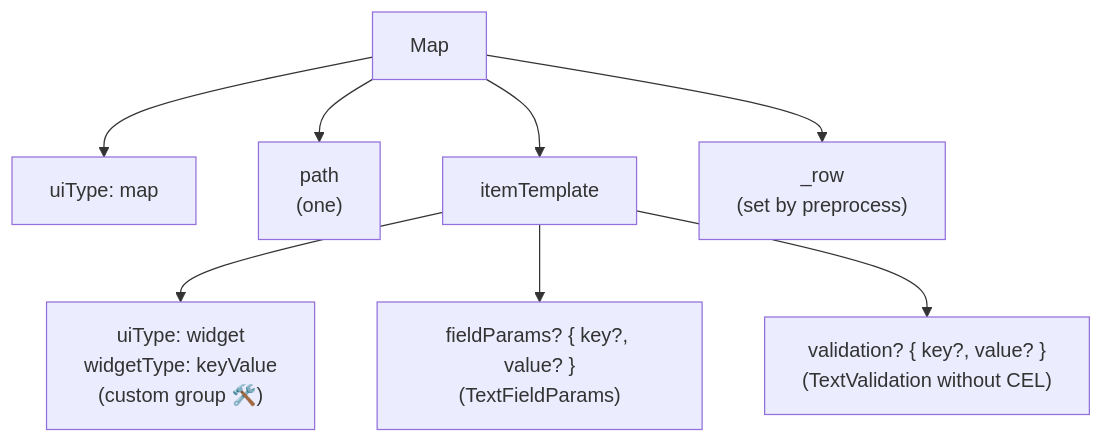
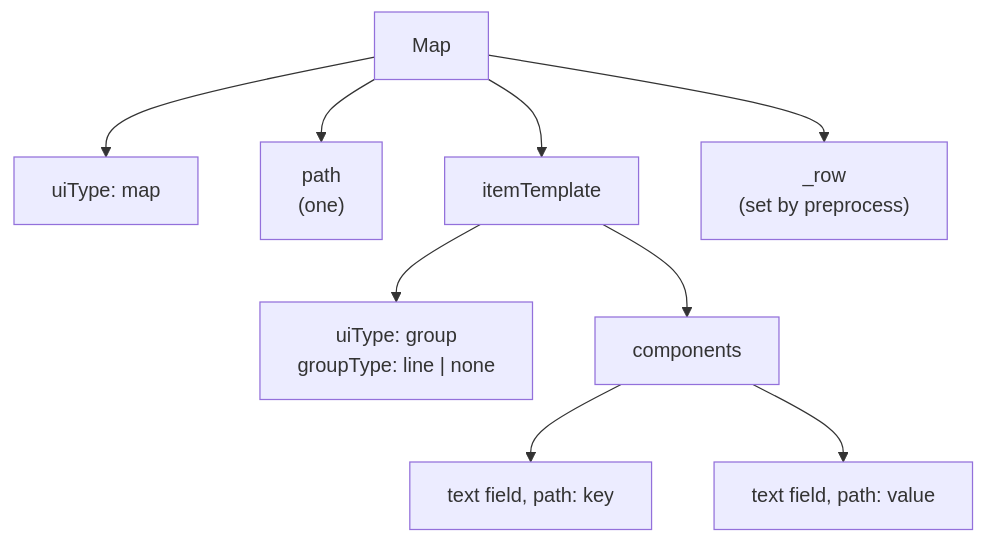
Before and after one commit to openeverest/openeverest: the fourth of 7 diagrams in docs/ui/architecture/ui-generator/schema-reference.md, drawn with Mermaid. The commit also changed other lines of this file and 34 other files, not shown here.

````diff
--- a/docs/ui/architecture/ui-generator/schema-reference.md
+++ b/docs/ui/architecture/ui-generator/schema-reference.md
@@ -72,10 +72,11 @@
 ```mermaid
 flowchart TD
   M["Map"] --> MU["uiType: map"]
   M --> MP["path<br/>(one)"]
   M --> MI["itemTemplate"]
-  MI --> MIU["uiType: widget<br/>widgetType: keyValue<br/>(custom group 🛠️)"]
-  MI --> MIP["fieldParams? { key?, value? }<br/>(TextFieldParams)"]
-  MI --> MIV["validation? { key?, value? }<br/>(TextValidation without CEL)"]
+  MI --> MIU["uiType: group<br/>groupType: line | none"]
+  MI --> MIC["components"]
+  MIC --> MIK["text field, path: key"]
+  MIC --> MIVA["text field, path: value"]
   M --> MR["_row<br/>(set by preprocess)"]
 ```
````
